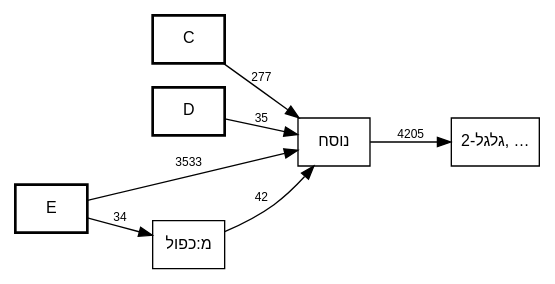
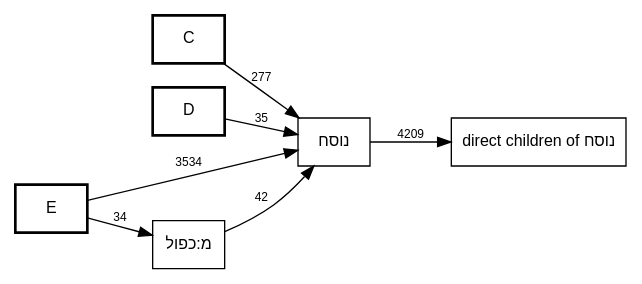
The diagram in out/MAM-tmpl-survey/plain-nusach-call-graph.dot (bdenckla/MAM-basics), drawn with Graphviz before and after one commit. The commit also changed 18 other files, not shown here.

```diff
--- a/out/MAM-tmpl-survey/plain-nusach-call-graph.dot
+++ b/out/MAM-tmpl-survey/plain-nusach-call-graph.dot
@@ -1,68 +1,68 @@
 digraph template_call_graph {
     rankdir=LR;
     node [fontname="SBL Hebrew,Helvetica", fontsize=12];
     edge [fontname="Helvetica", fontsize=9];
 
     // Column nodes
     node [shape=box, style=bold];
     "C";
     "D";
     "E";
 
     // Template nodes
     node [shape=box, style=""];
-    "גלגל-2" [label="גלגל-2, …", tooltip="גלגל-2
+    "direct children of נוסח" [tooltip="גלגל-2
 כו\"ק
 כתיב ולא קרי
 מ:אות מנוקדת
 מ:אות-ג
 מ:אות-ק
 מ:אין פרשה בתחילת פרק
 מ:אין פרשה בתחילת פרק בספרי אמ\"ת
 מ:גרש ותלישא גדולה
 מ:גרשיים ותלישא גדולה
 מ:דחי
 מ:טעם ומתג באות אחת
 מ:ירושלם
 מ:כו\"ק בין שני מקפים
 מ:כו\"ק כתיב מילה חדה וקרי תרתין מילין
 מ:כו\"ק כתיב מילה חדה וקרי תרתין מילין בין שני מקפים
 מ:כו\"ק כתיב תרתין מילין וקרי מילה חדה
 מ:כו\"ק קרי שונה מהכתיב בשתי מילים
 מ:כו\"ק של שלוש מילים בהערה אחת
 מ:כו\"ק של שתי מילים בהערה אחת
 מ:לגרמיה-2
 מ:מקף אפור
 מ:נו\"ן הפוכה
 מ:סיום בטוב
 מ:פסוק
 מ:פסק
 מ:צינור
 מ:קו\"כ כתיב מילה חדה וקרי תרתין מילין
 מ:קו\"כ קרי שונה מהכתיב בשתי מילים
 מ:קישור בהערה
 מ:קישור פנימי בהערה
 מ:קמץ
 מודגש
 סס
 ססס
 פפ
 פפפ
 קו\"כ
 קו\"כ-אם
 קרי ולא כתיב
 ר0
 ר1
 ר3
 ר4
 ש
 שני טעמים באות אחת קמץ-תחתון-פתח-עליון"];
 
     // Edges
     "C" -> "נוסח" [label="277"];
     "D" -> "נוסח" [label="35"];
     "E" -> "מ:כפול" [label="34"];
-    "E" -> "נוסח" [label="3533"];
+    "E" -> "נוסח" [label="3534"];
     "מ:כפול" -> "נוסח" [label="42"];
-    "נוסח" -> "גלגל-2" [label="4205"];
+    "נוסח" -> "direct children of נוסח" [label="4209"];
 }
```
